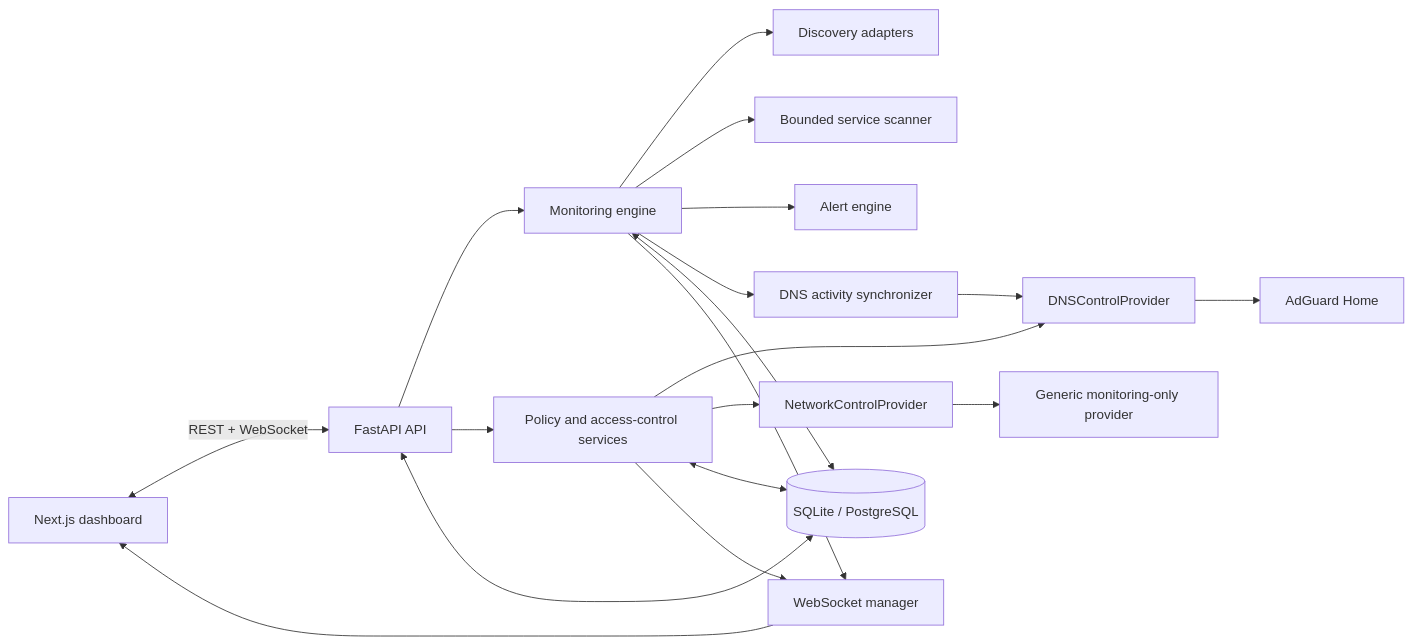
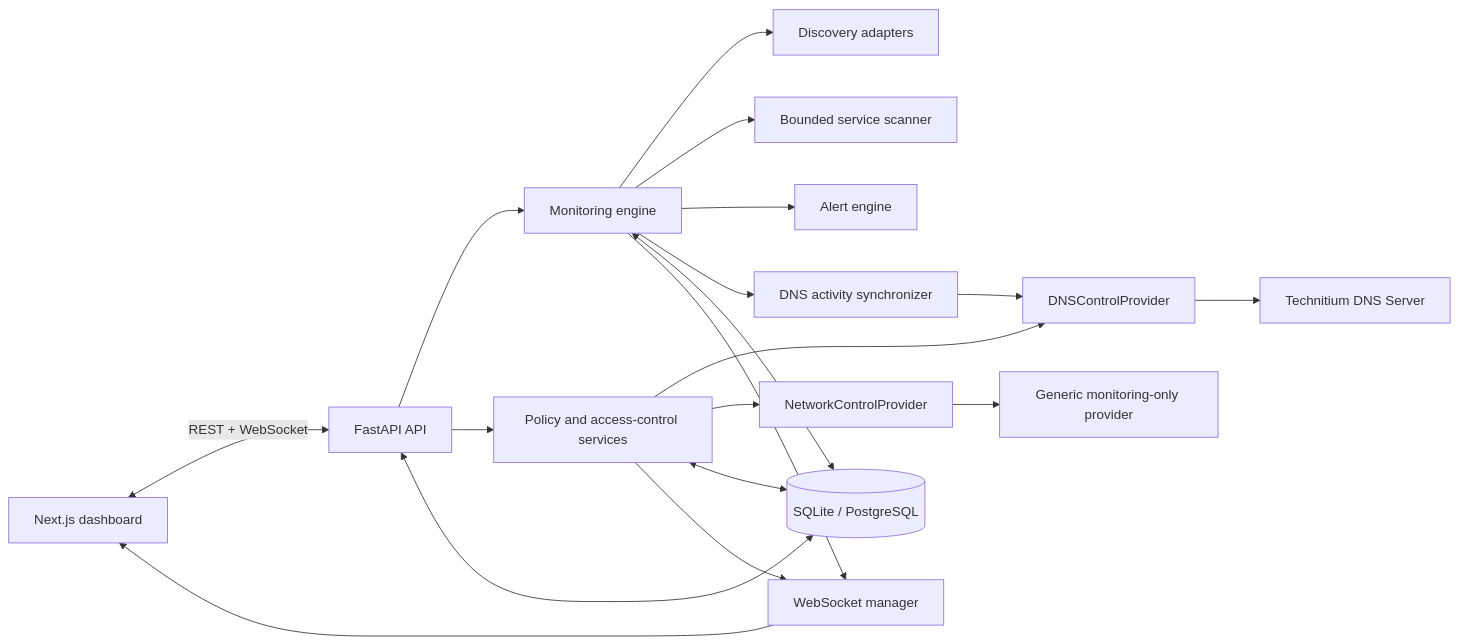
The diagram in docs/architecture.md (DinisIvanetsD/netwatch), drawn with Mermaid before and after one commit. The commit also changed other lines of this file and 36 other files, not shown here.

Commit message:
feat: replace AdGuard with Technitium DNS

````diff
--- a/docs/architecture.md
+++ b/docs/architecture.md
@@ -5,21 +5,21 @@
 ```mermaid
 flowchart LR
     Browser[Next.js dashboard] <-->|REST + WebSocket| API[FastAPI API]
     API --> Monitor[Monitoring engine]
     API --> Control[Policy and access-control services]
     Monitor --> Discovery[Discovery adapters]
     Monitor --> Scanner[Bounded service scanner]
     Monitor --> Alerts[Alert engine]
     Monitor --> DNSActivity[DNS activity synchronizer]
     Control --> DNSProvider[DNSControlProvider]
     Control --> NetworkProvider[NetworkControlProvider]
     DNSActivity --> DNSProvider
-    DNSProvider --> AdGuard[AdGuard Home]
+    DNSProvider --> Technitium[Technitium DNS Server]
     NetworkProvider --> Fallback[Generic monitoring-only provider]
     API <--> DB[(SQLite / PostgreSQL)]
     Monitor <--> DB
     Control <--> DB
     Monitor --> Realtime[WebSocket manager]
     Control --> Realtime
     Realtime --> Browser
 ```
````
